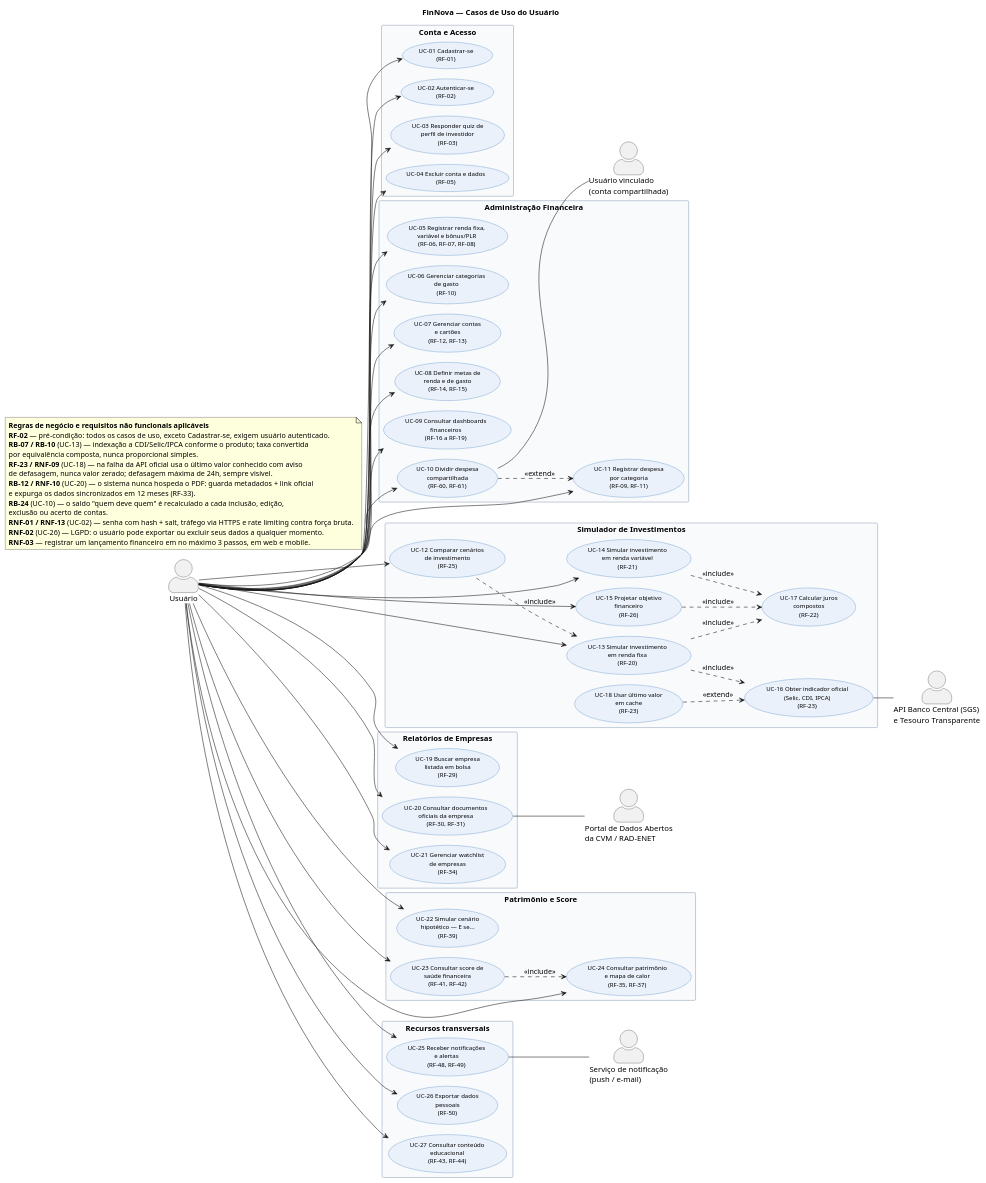
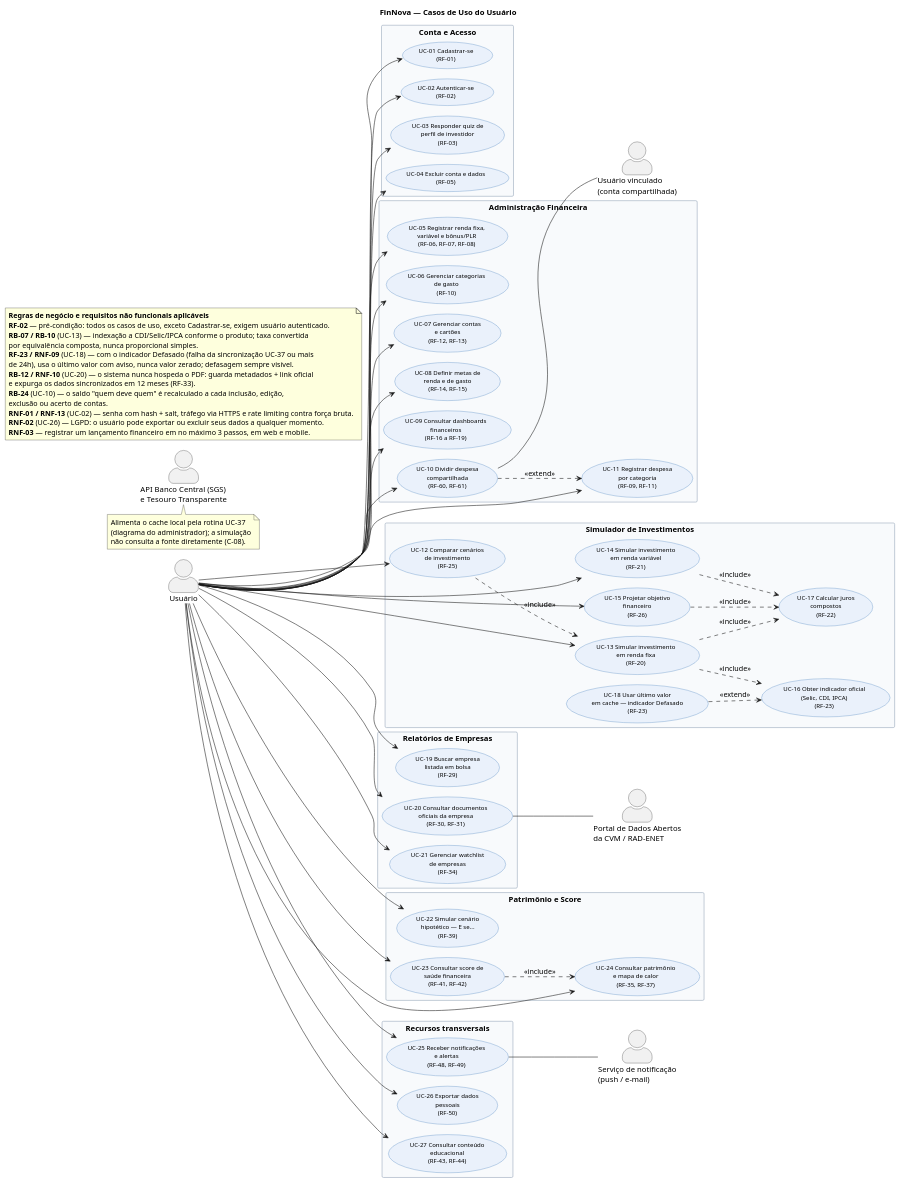
One commit to EricToshioGoya/Finance-management changed the diagram in docs/04-casos-de-uso/casos-de-uso-usuario.puml. Above: the diagram before and after it, drawn with PlantUML. The commit also changed 12 other files, not shown here.

```diff
--- a/docs/04-casos-de-uso/casos-de-uso-usuario.puml
+++ b/docs/04-casos-de-uso/casos-de-uso-usuario.puml
@@ -5,126 +5,130 @@
 @startuml casos-de-uso-usuario
 !pragma layout smetana
 left to right direction
 skinparam actorStyle awesome
 skinparam shadowing false
 skinparam defaultFontName Helvetica
 skinparam packageStyle rectangle
 skinparam usecase {
   BackgroundColor #EAF1FB
   BorderColor #2B6CB0
   FontSize 11
 }
 skinparam package {
   BackgroundColor #F8FAFC
   BorderColor #94A3B8
 }
 title FinNova — Casos de Uso do Usuário
 
 actor "Usuário" as U
 actor "Usuário vinculado\n(conta compartilhada)" as UV
 actor "API Banco Central (SGS)\ne Tesouro Transparente" as BCB
 actor "Portal de Dados Abertos\nda CVM / RAD-ENET" as CVM
 actor "Serviço de notificação\n(push / e-mail)" as NOT
 
 package "Conta e Acesso" {
   usecase "UC-01 Cadastrar-se\n(RF-01)" as UC01
   usecase "UC-02 Autenticar-se\n(RF-02)" as UC02
   usecase "UC-03 Responder quiz de\nperfil de investidor\n(RF-03)" as UC03
   usecase "UC-04 Excluir conta e dados\n(RF-05)" as UC04
 }
 
 package "Administração Financeira" {
   usecase "UC-05 Registrar renda fixa,\nvariável e bônus/PLR\n(RF-06, RF-07, RF-08)" as UC05
   usecase "UC-06 Gerenciar categorias\nde gasto\n(RF-10)" as UC06
   usecase "UC-07 Gerenciar contas\ne cartões\n(RF-12, RF-13)" as UC07
   usecase "UC-08 Definir metas de\nrenda e de gasto\n(RF-14, RF-15)" as UC08
   usecase "UC-09 Consultar dashboards\nfinanceiros\n(RF-16 a RF-19)" as UC09
   usecase "UC-10 Dividir despesa\ncompartilhada\n(RF-60, RF-61)" as UC10
   usecase "UC-11 Registrar despesa\npor categoria\n(RF-09, RF-11)" as UC11
 }
 
 package "Simulador de Investimentos" {
   usecase "UC-12 Comparar cenários\nde investimento\n(RF-25)" as UC12
   usecase "UC-13 Simular investimento\nem renda fixa\n(RF-20)" as UC13
   usecase "UC-14 Simular investimento\nem renda variável\n(RF-21)" as UC14
   usecase "UC-15 Projetar objetivo\nfinanceiro\n(RF-26)" as UC15
   usecase "UC-16 Obter indicador oficial\n(Selic, CDI, IPCA)\n(RF-23)" as UC16
   usecase "UC-17 Calcular juros\ncompostos\n(RF-22)" as UC17
-  usecase "UC-18 Usar último valor\nem cache\n(RF-23)" as UC18
+  usecase "UC-18 Usar último valor\nem cache — indicador Defasado\n(RF-23)" as UC18
 }
 
 package "Relatórios de Empresas" {
   usecase "UC-19 Buscar empresa\nlistada em bolsa\n(RF-29)" as UC19
   usecase "UC-20 Consultar documentos\noficiais da empresa\n(RF-30, RF-31)" as UC20
   usecase "UC-21 Gerenciar watchlist\nde empresas\n(RF-34)" as UC21
 }
 
 package "Patrimônio e Score" {
   usecase "UC-22 Simular cenário\nhipotético — E se...\n(RF-39)" as UC22
   usecase "UC-23 Consultar score de\nsaúde financeira\n(RF-41, RF-42)" as UC23
   usecase "UC-24 Consultar patrimônio\ne mapa de calor\n(RF-35, RF-37)" as UC24
 }
 
 package "Recursos transversais" {
   usecase "UC-25 Receber notificações\ne alertas\n(RF-48, RF-49)" as UC25
   usecase "UC-26 Exportar dados\npessoais\n(RF-50)" as UC26
   usecase "UC-27 Consultar conteúdo\neducacional\n(RF-43, RF-44)" as UC27
 }
 
 U --> UC01
 U --> UC02
 U --> UC03
 U --> UC04
 U --> UC05
 U --> UC06
 U --> UC07
 U --> UC08
 U --> UC09
 U --> UC10
 U --> UC11
 U --> UC12
 U --> UC13
 U --> UC14
 U --> UC15
 U --> UC19
 U --> UC20
 U --> UC21
 U --> UC22
 U --> UC23
 U --> UC24
 U --> UC25
 U --> UC26
 U --> UC27
 
 UC10 -- UV
 
 UC10 ..> UC11 : <<extend>>
 UC12 ..> UC13 : <<include>>
 UC13 ..> UC16 : <<include>>
 UC13 ..> UC17 : <<include>>
 UC14 ..> UC17 : <<include>>
 UC15 ..> UC17 : <<include>>
 UC18 ..> UC16 : <<extend>>
 UC23 ..> UC24 : <<include>>
 
-UC16 -- BCB
+note bottom of BCB
+  Alimenta o cache local pela rotina UC-37
+  (diagrama do administrador); a simulação
+  não consulta a fonte diretamente (C-08).
+end note
 UC20 -- CVM
 UC25 -- NOT
 
 note as N
   <b>Regras de negócio e requisitos não funcionais aplicáveis</b>
   <b>RF-02</b> — pré-condição: todos os casos de uso, exceto Cadastrar-se, exigem usuário autenticado.
   <b>RB-07 / RB-10</b> (UC-13) — indexação a CDI/Selic/IPCA conforme o produto; taxa convertida
   por equivalência composta, nunca proporcional simples.
-  <b>RF-23 / RNF-09</b> (UC-18) — na falha da API oficial usa o último valor conhecido com aviso
-  de defasagem, nunca valor zerado; defasagem máxima de 24h, sempre visível.
+  <b>RF-23 / RNF-09</b> (UC-18) — com o indicador Defasado (falha da sincronização UC-37 ou mais
+  de 24h), usa o último valor com aviso, nunca valor zerado; defasagem sempre visível.
   <b>RB-12 / RNF-10</b> (UC-20) — o sistema nunca hospeda o PDF: guarda metadados + link oficial
   e expurga os dados sincronizados em 12 meses (RF-33).
   <b>RB-24</b> (UC-10) — o saldo "quem deve quem" é recalculado a cada inclusão, edição,
   exclusão ou acerto de contas.
   <b>RNF-01 / RNF-13</b> (UC-02) — senha com hash + salt, tráfego via HTTPS e rate limiting contra força bruta.
   <b>RNF-02</b> (UC-26) — LGPD: o usuário pode exportar ou excluir seus dados a qualquer momento.
   <b>RNF-03</b> — registrar um lançamento financeiro em no máximo 3 passos, em web e mobile.
 end note
 
 @enduml
```
